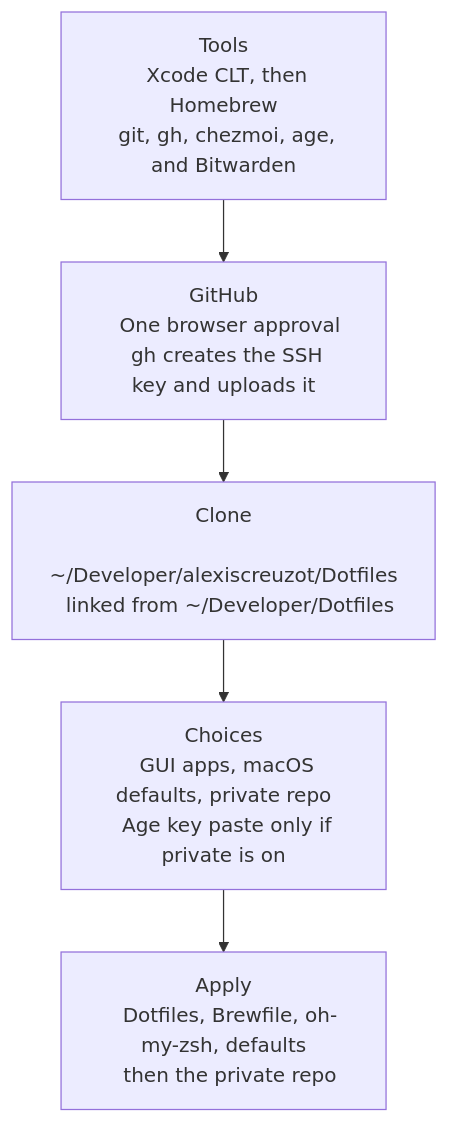
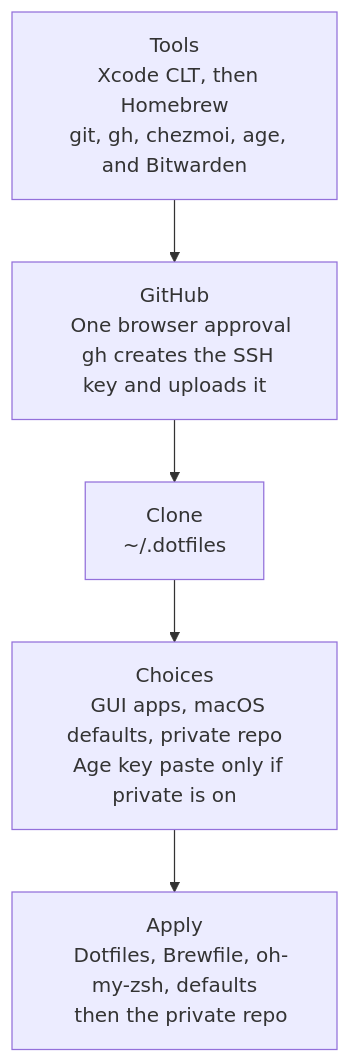
The diagram in README.md (alexiscreuzot/Dotfiles), drawn with Mermaid before and after one commit. The commit also changed other lines of this file and 10 other files, not shown here.

````diff
--- a/README.md
+++ b/README.md
@@ -21,19 +21,18 @@
 ```mermaid
 flowchart TD
   tools["Tools
   Xcode CLT, then Homebrew
   git, gh, chezmoi, age, and Bitwarden"]
   github["GitHub
   One browser approval
   gh creates the SSH key and uploads it"]
   clone["Clone
-  ~/Developer/alexiscreuzot/Dotfiles
-  linked from ~/Developer/Dotfiles"]
+  ~/.dotfiles"]
   choices["Choices
   GUI apps, macOS defaults, private repo
   Age key paste only if private is on"]
   apply["Apply
   Dotfiles, Brewfile, oh-my-zsh, defaults
   then the private repo"]
   tools --> github --> clone --> choices --> apply
 ```
````
